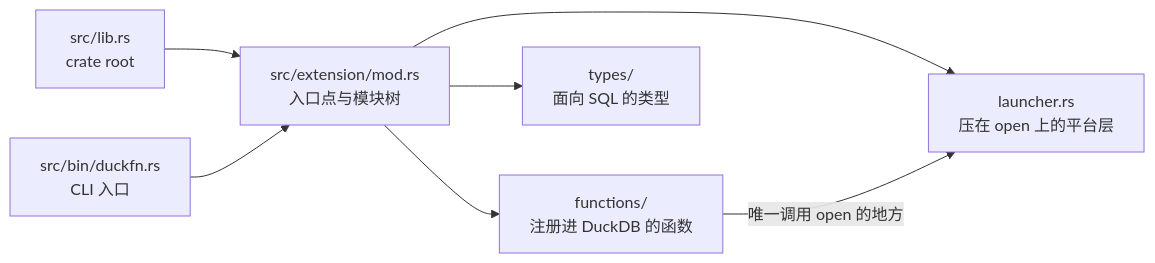
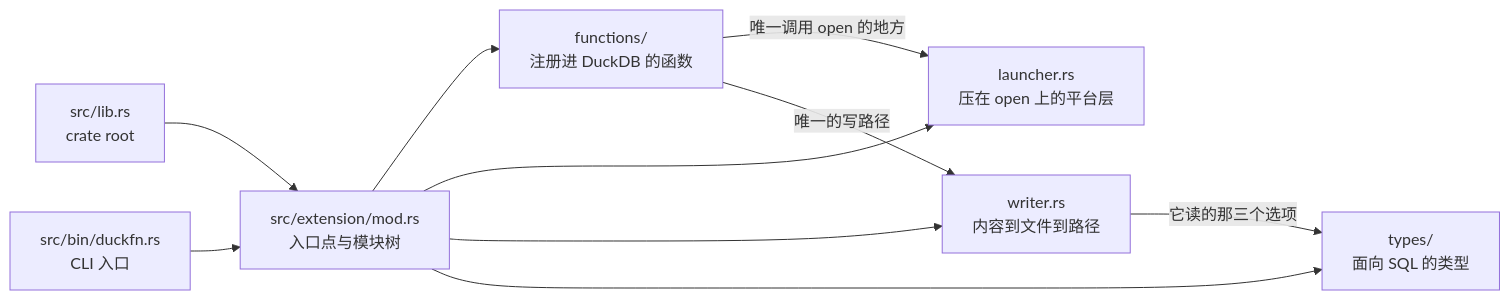
Before and after one commit to shijianjs/duckfn-open: the diagram in docs/i18n/zh-Hans/docusaurus-plugin-content-docs/current/development/project-structure.md, drawn with Mermaid. The commit also changed other lines of this file and 42 other files, not shown here.

````diff
--- a/docs/i18n/zh-Hans/docusaurus-plugin-content-docs/current/development/project-structure.md
+++ b/docs/i18n/zh-Hans/docusaurus-plugin-content-docs/current/development/project-structure.md
@@ -38,9 +46,12 @@
 ```mermaid
 flowchart LR
     native["src/lib.rs<br/>crate root"] --> tree["src/extension/mod.rs<br/>入口点与模块树"]
     cli["src/bin/duckfn.rs<br/>CLI 入口"] --> tree
     tree --> functions["functions/<br/>注册进 DuckDB 的函数"]
     tree --> launcher["launcher.rs<br/>压在 open 上的平台层"]
+    tree --> writer["writer.rs<br/>内容到文件到路径"]
     tree --> types["types/<br/>面向 SQL 的类型"]
     functions -->|"唯一调用 open 的地方"| launcher
+    functions -->|"唯一的写路径"| writer
+    writer -->|"它读的那三个选项"| types
 ```
````
